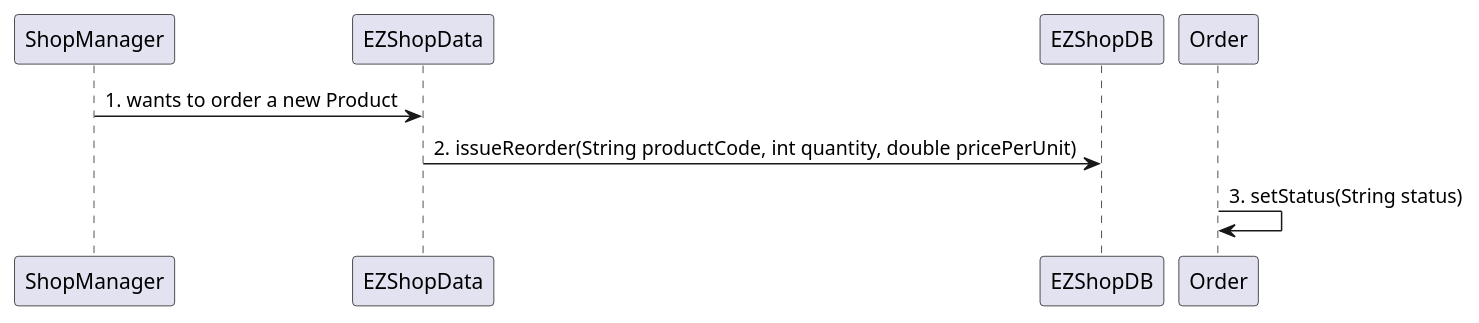
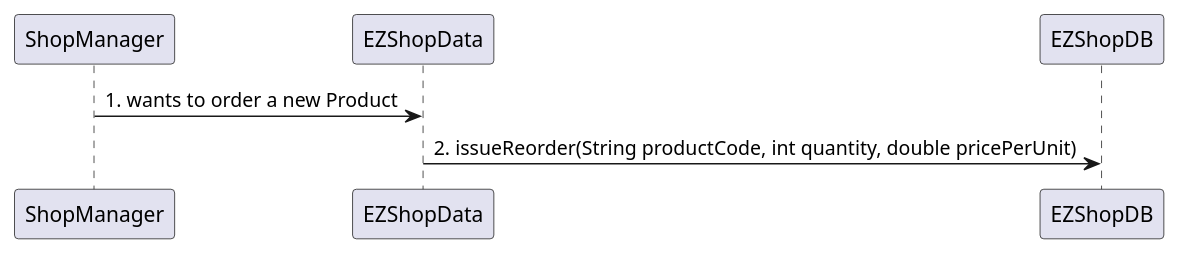
Before and after one commit to djemar/softeng_ezshop: the ninth of 31 diagrams in Deliverables/DesignDocument.md, drawn with PlantUML. The commit also changed other lines of this file, not shown here.

````diff
--- a/Deliverables/DesignDocument.md
+++ b/Deliverables/DesignDocument.md
@@ -331,5 +331,5 @@
 ```plantuml
 "ShopManager" -> "EZShopData": 1. wants to order a new Product
 "EZShopData" -> "EZShopDB" : 2. issueReorder(String productCode, int quantity, double pricePerUnit)
-"Order" -> "Order" : 3. setStatus(String status)
+
 ```
````
